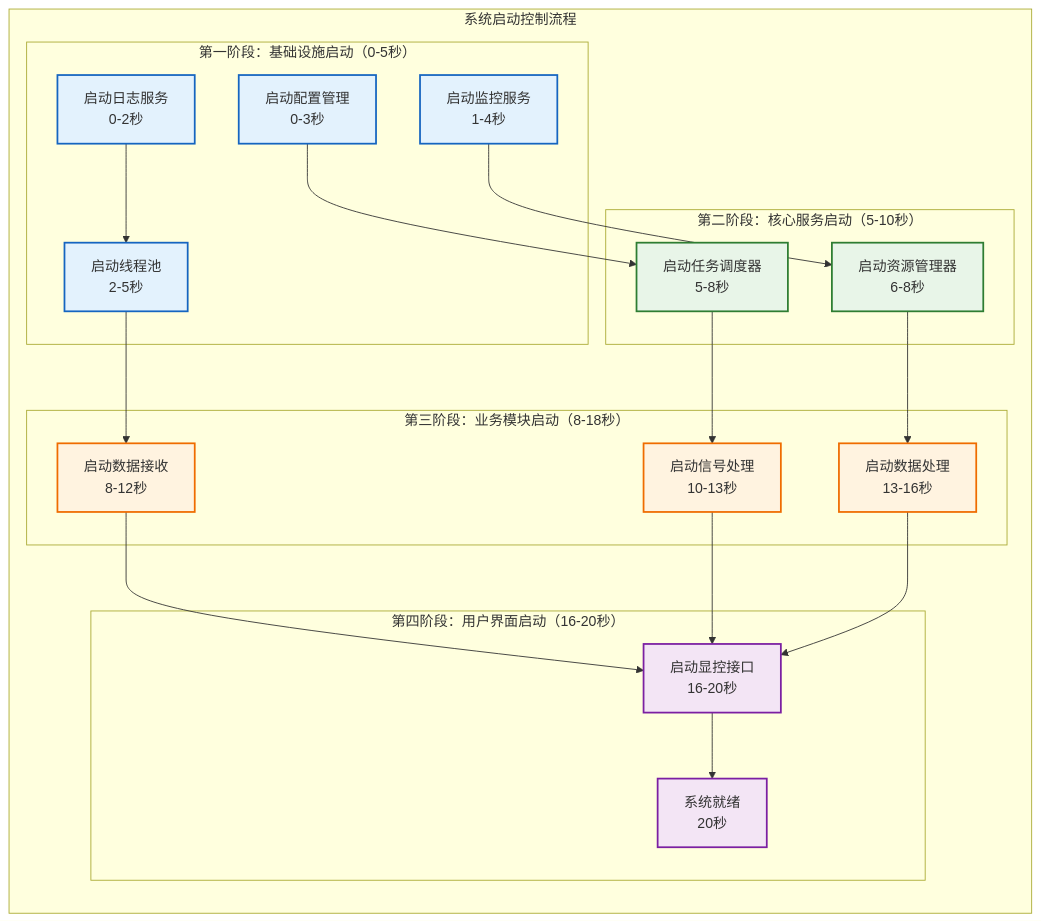
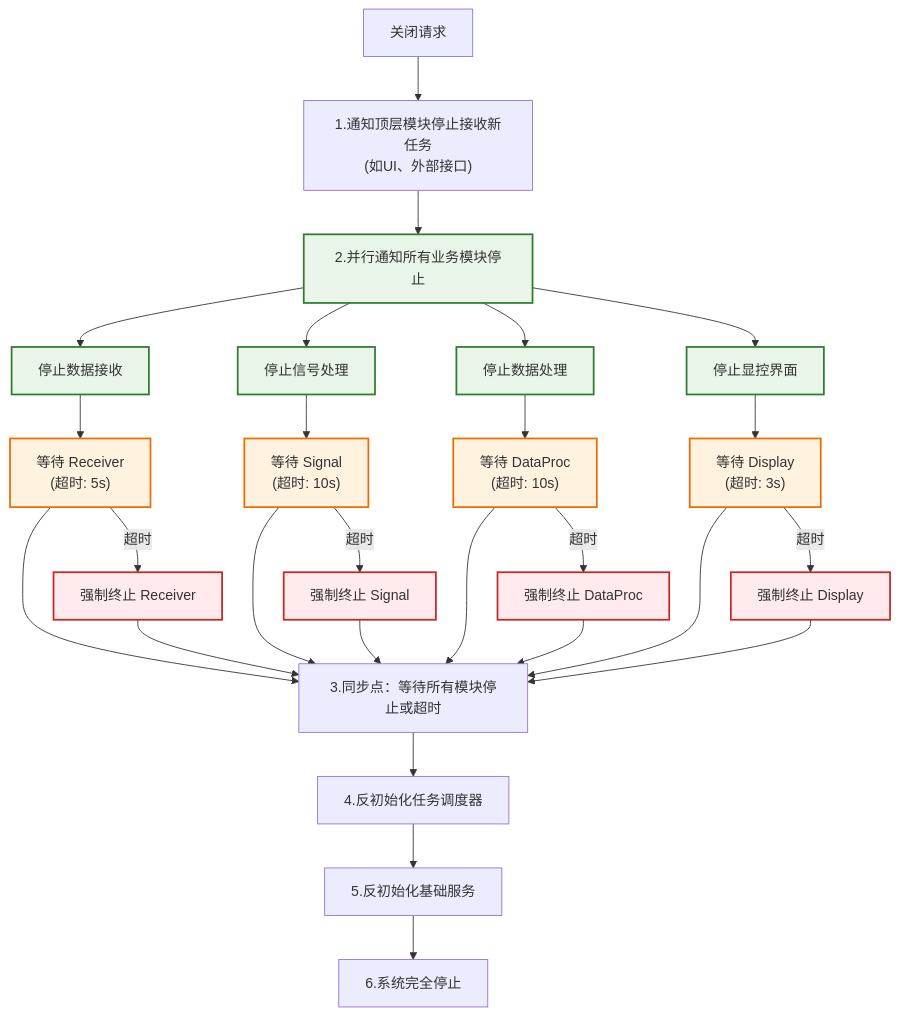
One commit to wendizhou99-cell/Radar changed diagram 20 of 22 in docs/01_项目设计/02_模块设计/05_任务调度器设计.md. Above: the diagram before and after it, drawn with Mermaid. The commit also changed other lines of this file and 9 other files, not shown here.

````diff
--- a/docs/01_项目设计/02_模块设计/05_任务调度器设计.md
+++ b/docs/01_项目设计/02_模块设计/05_任务调度器设计.md
@@ -985,54 +1063,43 @@
 ```mermaid
 flowchart TD
-    subgraph "系统启动控制流程"
-        direction TB
+    SHUTDOWN_REQUEST[关闭请求] --> NOTIFY_TOP_LEVEL["1.通知顶层模块停止接收新任务<br/>(如UI、外部接口)"]
+    NOTIFY_TOP_LEVEL --> PARALLEL_STOP["2.并行通知所有业务模块停止"]
 
-        subgraph "第一阶段：基础设施启动（0-5秒）"
-            LOG_START[启动日志服务<br/>0-2秒]
-            CONFIG_START[启动配置管理<br/>0-3秒]
-            MONITOR_START[启动监控服务<br/>1-4秒]
-            THREAD_START[启动线程池<br/>2-5秒]
-        end
+    PARALLEL_STOP --> STOP_RECEIVER[停止数据接收]
+    PARALLEL_STOP --> STOP_SIGNAL[停止信号处理]
+    PARALLEL_STOP --> STOP_DATA[停止数据处理]
+    PARALLEL_STOP --> STOP_DISPLAY[停止显控界面]
 
-        subgraph "第二阶段：核心服务启动（5-10秒）"
-            SCHEDULER_START[启动任务调度器<br/>5-8秒]
-            RESOURCE_START[启动资源管理器<br/>6-8秒]
-        end
+    STOP_RECEIVER --> WAIT_R["等待 Receiver<br/>(超时: 5s)"]
+    STOP_SIGNAL --> WAIT_S["等待 Signal<br/>(超时: 10s)"]
+    STOP_DATA --> WAIT_D["等待 DataProc<br/>(超时: 10s)"]
+    STOP_DISPLAY --> WAIT_I["等待 Display<br/>(超时: 3s)"]
 
-        subgraph "第三阶段：业务模块启动（8-18秒）"
-            RECEIVER_START[启动数据接收<br/>8-12秒]
-            SIGNAL_START[启动信号处理<br/>10-13秒]
-            DATA_START[启动数据处理<br/>13-16秒]
-        end
+    WAIT_R --> JOIN_BARRIER_STOP[3.同步点：等待所有模块停止或超时]
+    WAIT_S --> JOIN_BARRIER_STOP
+    WAIT_D --> JOIN_BARRIER_STOP
+    WAIT_I --> JOIN_BARRIER_STOP
 
-        subgraph "第四阶段：用户界面启动（16-20秒）"
-            UI_START[启动显控接口<br/>16-20秒]
-            SYSTEM_READY[系统就绪<br/>20秒]
-        end
+    JOIN_BARRIER_STOP --> DEINIT_SCHEDULER[4.反初始化任务调度器]
+    DEINIT_SCHEDULER --> DEINIT_SERVICES[5.反初始化基础服务]
+    DEINIT_SERVICES --> SYSTEM_HALTED[6.系统完全停止]
 
-        %% 启动顺序控制（非耦合关系）
-        LOG_START --> THREAD_START
-        CONFIG_START --> SCHEDULER_START
-        MONITOR_START --> RESOURCE_START
+    %% 超时处理
+    WAIT_R -->|超时| FORCE_STOP_R[强制终止 Receiver]
+    WAIT_S -->|超时| FORCE_STOP_S[强制终止 Signal]
+    WAIT_D -->|超时| FORCE_STOP_D[强制终止 DataProc]
+    WAIT_I -->|超时| FORCE_STOP_I[强制终止 Display]
 
-        THREAD_START --> RECEIVER_START
-        SCHEDULER_START --> SIGNAL_START
-        RESOURCE_START --> DATA_START
+    FORCE_STOP_R --> JOIN_BARRIER_STOP
+    FORCE_STOP_S --> JOIN_BARRIER_STOP
+    FORCE_STOP_D --> JOIN_BARRIER_STOP
+    FORCE_STOP_I --> JOIN_BARRIER_STOP
 
-        RECEIVER_START --> UI_START
-        SIGNAL_START --> UI_START
-        DATA_START --> UI_START
+    classDef parallel_stop fill:#e8f5e8,stroke:#2e7d32,stroke-width:2px
+    classDef timeout fill:#fff3e0,stroke:#ef6c00,stroke-width:2px
+    classDef force_stop fill:#ffebee,stroke:#c62828,stroke-width:2px
 
-        UI_START --> SYSTEM_READY
-    end
-
-    classDef phase1 fill:#e3f2fd,stroke:#1565c0,stroke-width:2px
-    classDef phase2 fill:#e8f5e8,stroke:#2e7d32,stroke-width:2px
-    classDef phase3 fill:#fff3e0,stroke:#ef6c00,stroke-width:2px
-    classDef phase4 fill:#f3e5f5,stroke:#7b1fa2,stroke-width:2px
-
-    class LOG_START,CONFIG_START,MONITOR_START,THREAD_START phase1
-    class SCHEDULER_START,RESOURCE_START phase2
-    class RECEIVER_START,SIGNAL_START,DATA_START phase3
-    class UI_START,SYSTEM_READY phase4
+    class PARALLEL_STOP,STOP_RECEIVER,STOP_SIGNAL,STOP_DATA,STOP_DISPLAY parallel_stop
+    class WAIT_R,WAIT_S,WAIT_D,WAIT_I timeout
+    class FORCE_STOP_R,FORCE_STOP_S,FORCE_STOP_D,FORCE_STOP_I force_stop
 ```
````
